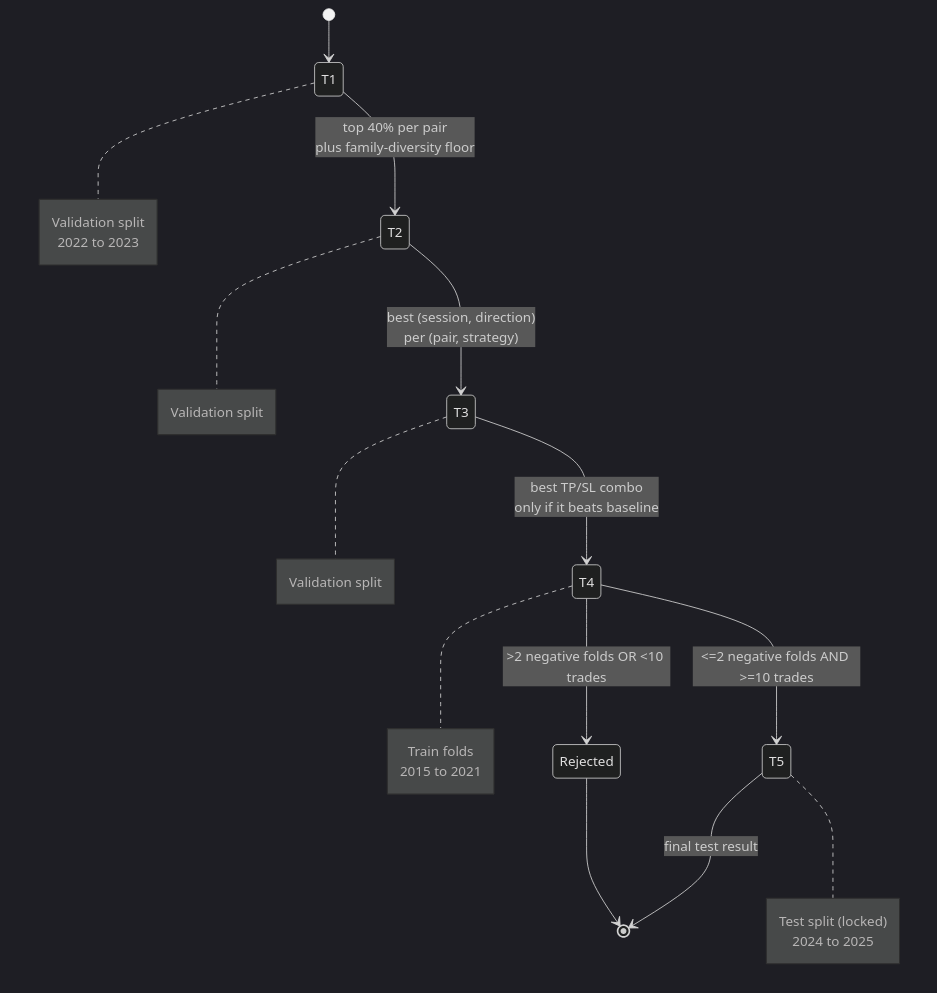
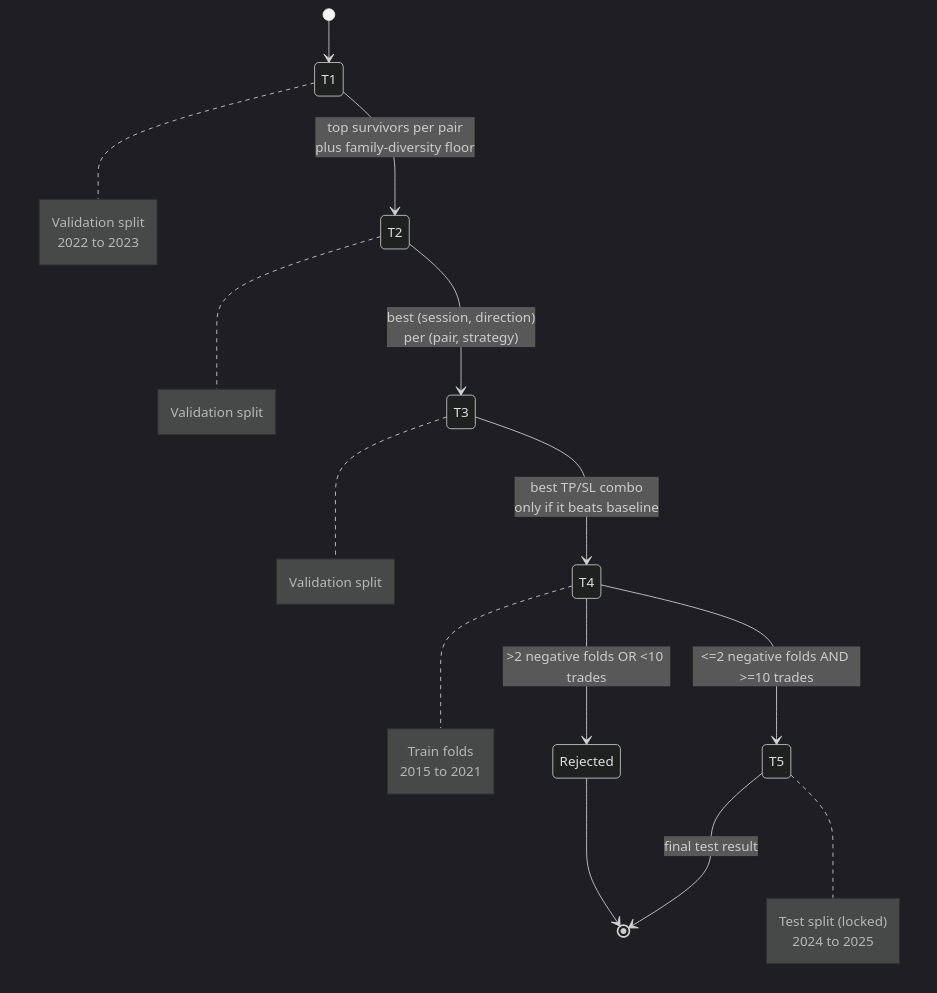
Before and after one commit to WA-MIN/forex-algo-trading: the fifth of 6 diagrams in ARCHITECTURE.md, drawn with Mermaid (dark theme). The commit also changed other lines of this file and 17 other files, not shown here.

````diff
--- a/ARCHITECTURE.md
+++ b/ARCHITECTURE.md
@@ -210,16 +224,16 @@
 ```mermaid
 stateDiagram-v2
   [*] --> T1
-  T1 --> T2 : top 40% per pair<br/>plus family-diversity floor
+  T1 --> T2 : top survivors per pair<br/>plus family-diversity floor
   T2 --> T3 : best (session, direction)<br/>per (pair, strategy)
   T3 --> T4 : best TP/SL combo<br/>only if it beats baseline
   T4 --> T5 : <=2 negative folds AND >=10 trades
   T4 --> Rejected : >2 negative folds OR <10 trades
   T5 --> [*] : final test result
   Rejected --> [*]
   note right of T1 : Validation split<br/>2022 to 2023
   note right of T2 : Validation split
   note right of T3 : Validation split
   note right of T4 : Train folds<br/>2015 to 2021
   note right of T5 : Test split (locked)<br/>2024 to 2025
 ```
````
